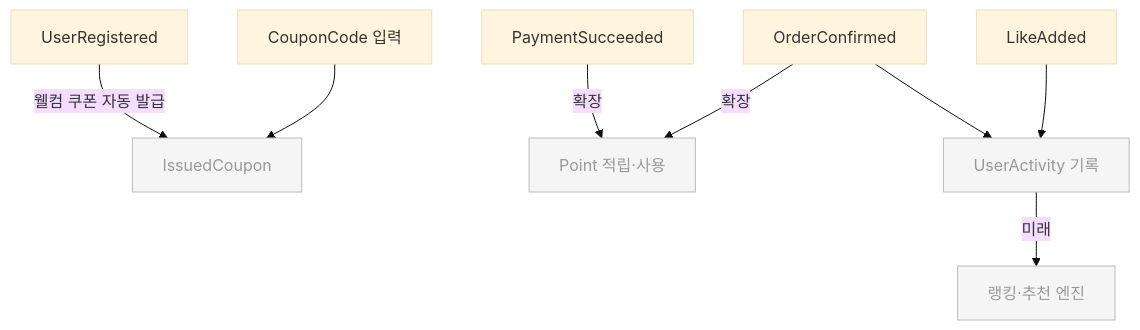
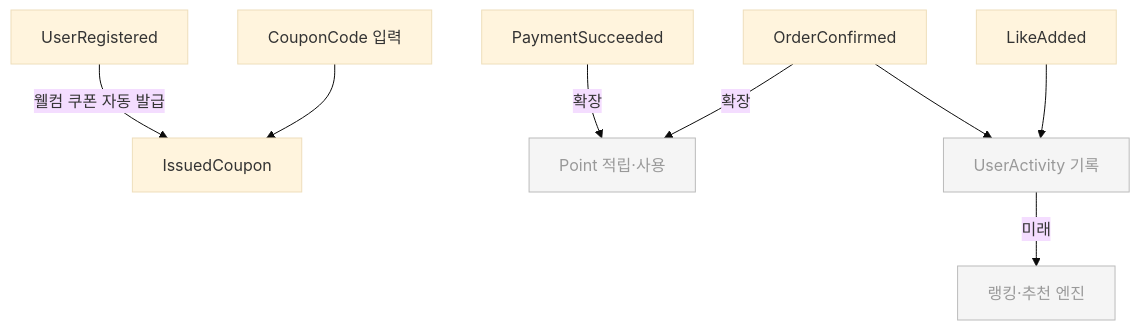
The second of 12 diagrams in .docs/design/00-domain-spec.md (Rojojun/loop-pack-be-l2-vol4-kotlin), drawn with Mermaid (base theme) before and after one commit. The commit also changed other lines of this file and 5 other files, not shown here.

````diff
--- a/.docs/design/00-domain-spec.md
+++ b/.docs/design/00-domain-spec.md
@@ -318,15 +360,14 @@
 ```mermaid
 graph TD
     MR[UserRegistered] -->|웰컴 쿠폰 자동 발급| IC[IssuedCoupon]
     CC[CouponCode 입력] --> IC
     PS[PaymentSucceeded] -->|확장| PT[Point 적립·사용]
     OC[OrderConfirmed] -->|확장| PT
     LA[LikeAdded] --> UA[UserActivity 기록]
     OC --> UA
     UA -->|미래| RANK[랭킹·추천 엔진]
 
     style PT fill:#f5f5f5,stroke:#bbb,color:#999
-    style IC fill:#f5f5f5,stroke:#bbb,color:#999
     style RANK fill:#f5f5f5,stroke:#bbb,color:#999
     style UA fill:#f5f5f5,stroke:#bbb,color:#999
 ```
````
